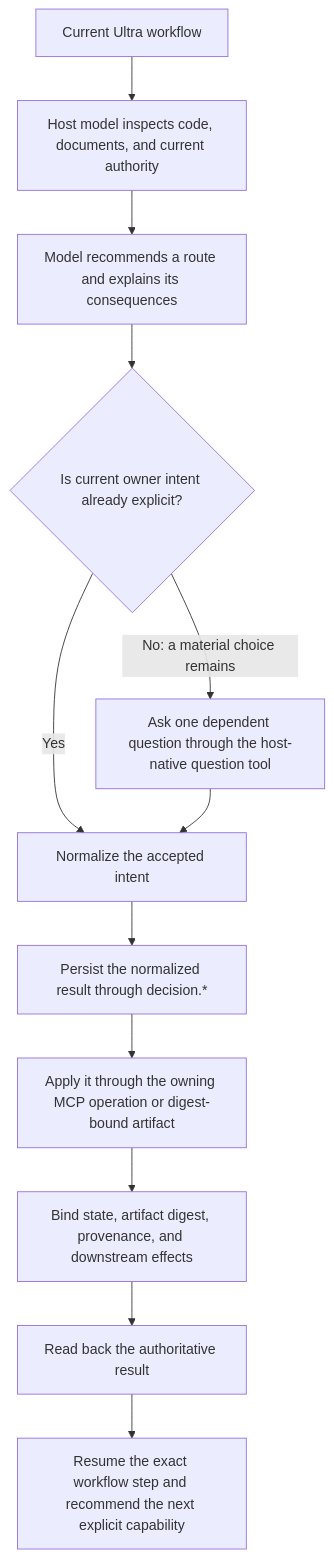
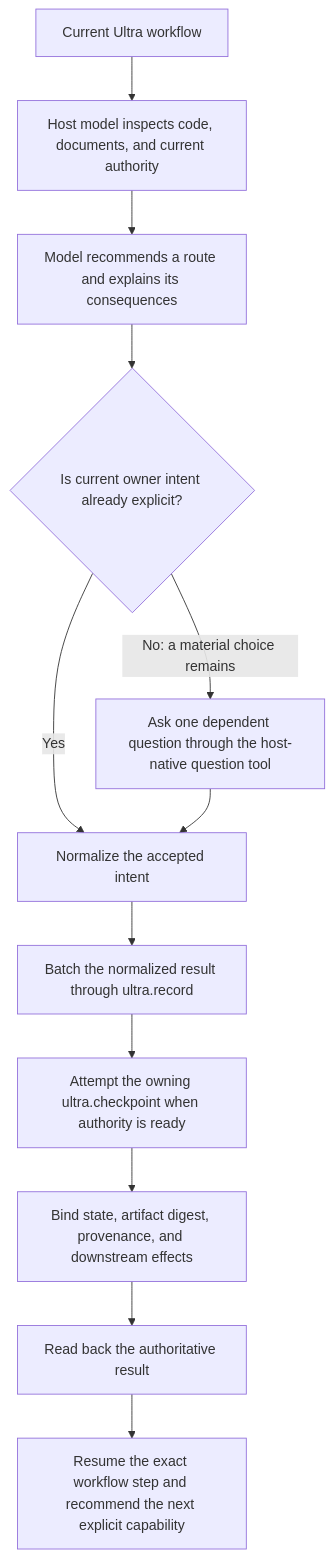
Before and after one commit to rocky2431/ultra-builder-pro-cli: the second of 3 diagrams in README.md, drawn with Mermaid. The commit also changed other lines of this file and 48 other files, not shown here.

First line of the commit message:
feat(mcp): reduce Ultra to a seven-tool kernel

````diff
--- a/README.md
+++ b/README.md
@@ -116,14 +145,14 @@
 ```mermaid
 flowchart TD
     CURRENT["Current Ultra workflow"] --> INSPECT["Host model inspects code, documents, and current authority"]
     INSPECT --> SUGGEST["Model recommends a route and explains its consequences"]
     SUGGEST --> CLEAR{"Is current owner intent already explicit?"}
     CLEAR -->|"Yes"| NORMALIZE["Normalize the accepted intent"]
     CLEAR -->|"No: a material choice remains"| ASK["Ask one dependent question through the host-native question tool"]
     ASK --> NORMALIZE
-    NORMALIZE --> DECISION["Persist the normalized result through decision.*"]
-    DECISION --> APPLY["Apply it through the owning MCP operation or digest-bound artifact"]
-    APPLY --> AUTHORITY["Bind state, artifact digest, provenance, and downstream effects"]
+    NORMALIZE --> RECORD["Batch the normalized result through ultra.record"]
+    RECORD --> CHECKPOINT["Attempt the owning ultra.checkpoint when authority is ready"]
+    CHECKPOINT --> AUTHORITY["Bind state, artifact digest, provenance, and downstream effects"]
     AUTHORITY --> READBACK["Read back the authoritative result"]
     READBACK --> RESUME["Resume the exact workflow step and recommend the next explicit capability"]
 ```
````
